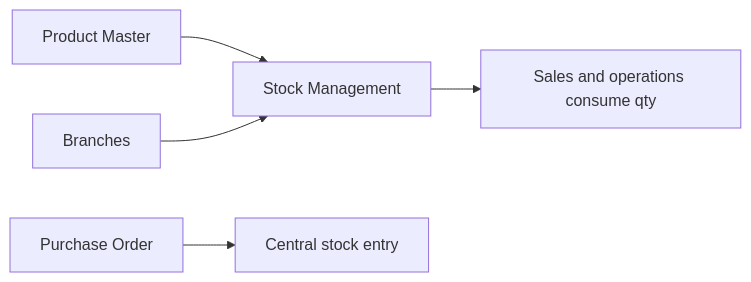
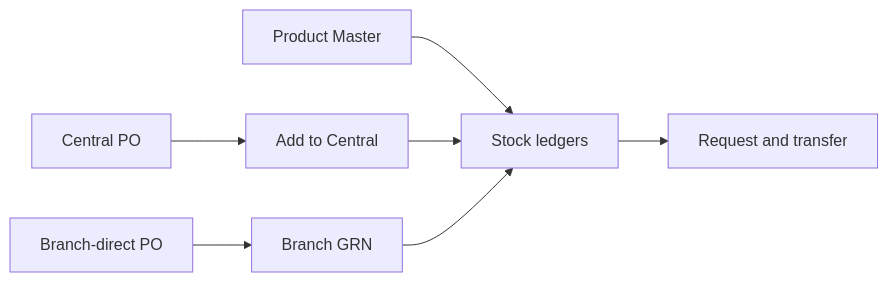
One commit to Aurifex-Innovations/ERP_docs changed the eighth of 9 diagrams in v0_final_docs/stock-management.md. Above: the diagram before and after it, drawn with Mermaid. The commit also changed other lines of this file, not shown here.

````diff
--- a/v0_final_docs/stock-management.md
+++ b/v0_final_docs/stock-management.md
@@ -771,7 +430,9 @@
 ```mermaid
 flowchart LR
-  product["Product Master"] --> stock["Stock Management"]
-  branch["Branches"] --> stock
-  stock --> sales["Sales and operations consume qty"]
-  po["Purchase Order"] --> centralEntry["Central stock entry"]
+  product["Product Master"] --> stock["Stock ledgers"]
+  poCentral["Central PO"] --> cstk["Add to Central"]
+  poBd["Branch-direct PO"] --> grn["Branch GRN"]
+  cstk --> stock
+  grn --> stock
+  stock --> req["Request and transfer"]
 ```
````
